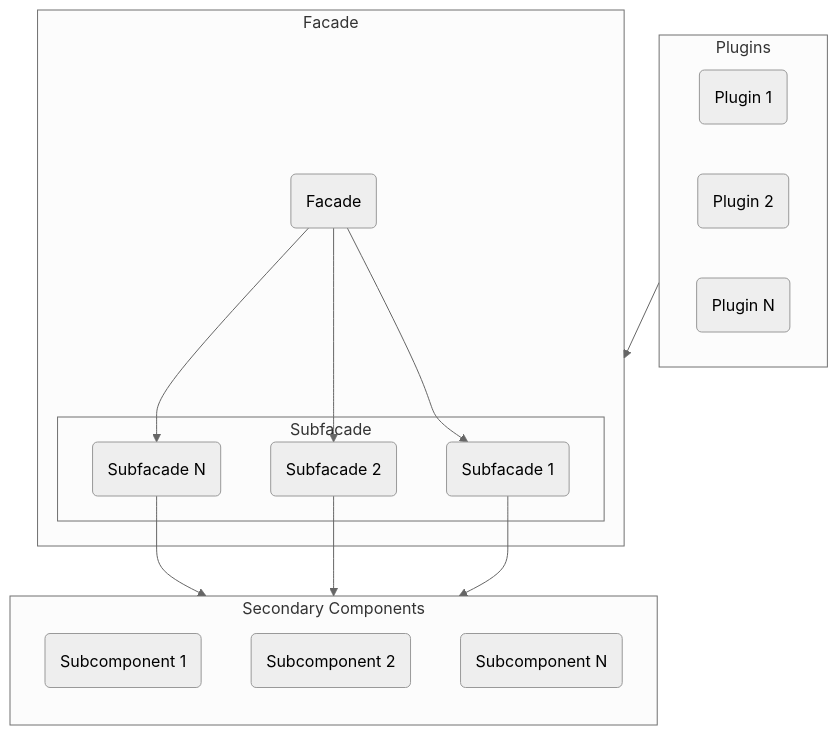
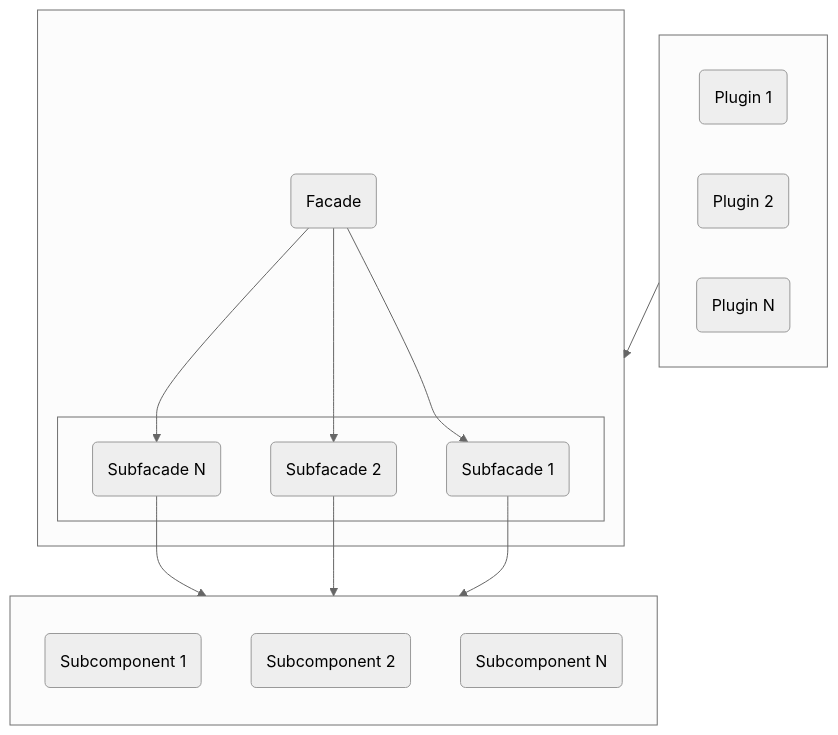
Before and after one commit to agp221-ua/ModuleDroid-Doc: the diagram in docs/kernel/components/facade_kernel.md, drawn with Mermaid (neutral theme). The commit also changed other lines of this file and 2 other files, not shown here.

Commit message:
Added more info to core

````diff
--- a/docs/kernel/components/facade_kernel.md
+++ b/docs/kernel/components/facade_kernel.md
@@ -24,33 +25,33 @@
 ```mermaid
     flowchart TB
-        subgraph p[Plugins]
+        subgraph p[" "]
             direction LR
             pa(Plugin 1) 
             pb(Plugin 2)
             pc(Plugin N)
         end
             
-        subgraph f[Facade]
+        subgraph f[" "]
             f1(Facade)
-            subgraph sf[Subfacade]
+            subgraph sf["  "]
                 sf1(Subfacade 1)
                 sf2(Subfacade 2)
                 sf3(Subfacade N)
             end
         end
-        subgraph sc[Secondary Components]
+        subgraph sc[" "]
             direction TB
             sc1(Subcomponent 1)
             sc2(Subcomponent 2)
             sc3(Subcomponent N)
         end
         
         p --> f
         f1 --> sf1
         f1 --> sf2
         f1 --> sf3
         sf1 --> sc1
         sf2 --> sc2
         sf3 --> sc3
         
 ```
````
